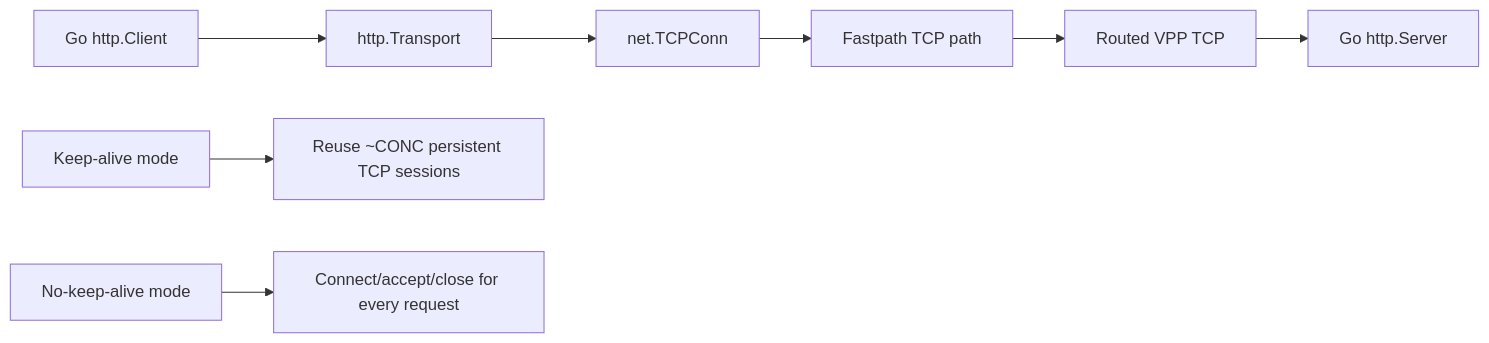
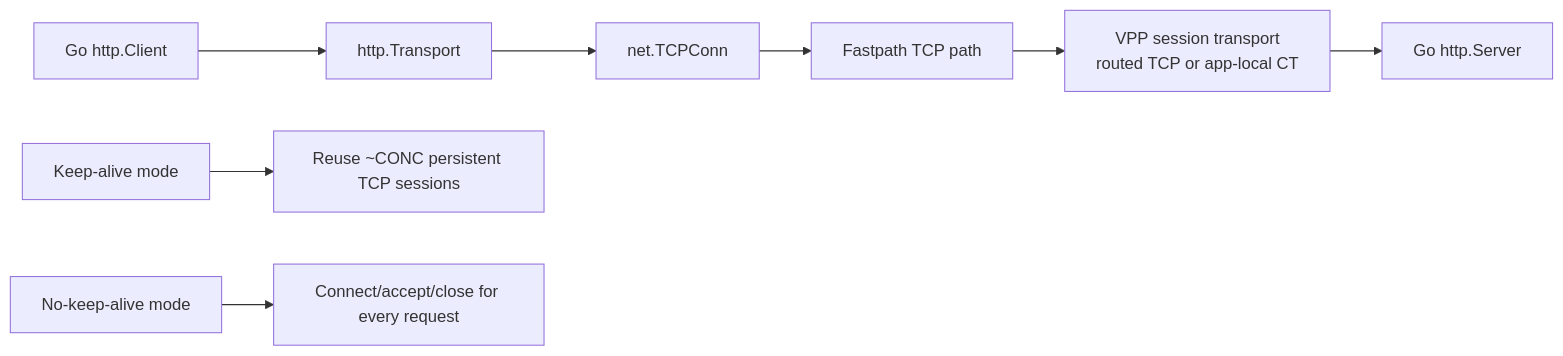
One commit to aritrbas/vclgo changed diagram 14 of 19 in docs/architecture_diagrams.md. Above: the diagram before and after it, drawn with Mermaid. The commit also changed other lines of this file and 30 other files, not shown here.

```diff
--- a/docs/architecture_diagrams.md
+++ b/docs/architecture_diagrams.md
@@ -615,11 +659,11 @@
 ~~~mermaid
 flowchart LR
     HC["Go http.Client"] --> TR["http.Transport"]
     TR --> TCP["net.TCPConn"]
     TCP --> FP["Fastpath TCP path"]
-    FP --> VPP["Routed VPP TCP"]
+    FP --> VPP["VPP session transport<br/>routed TCP or app-local CT"]
     VPP --> HS["Go http.Server"]
 
     KA["Keep-alive mode"] --> REUSE["Reuse ~CONC persistent TCP sessions"]
     NK["No-keep-alive mode"] --> CHURN["Connect/accept/close for every request"]
 ~~~
```
